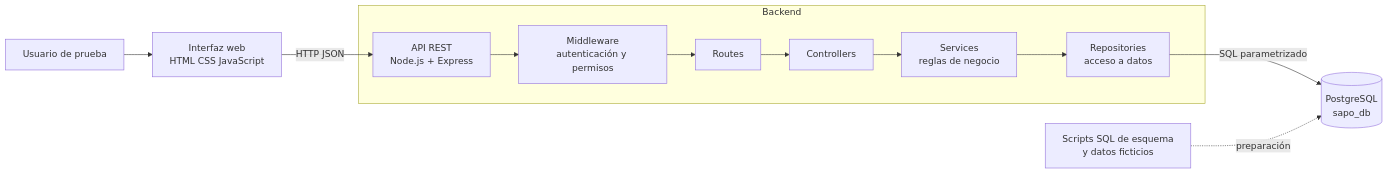
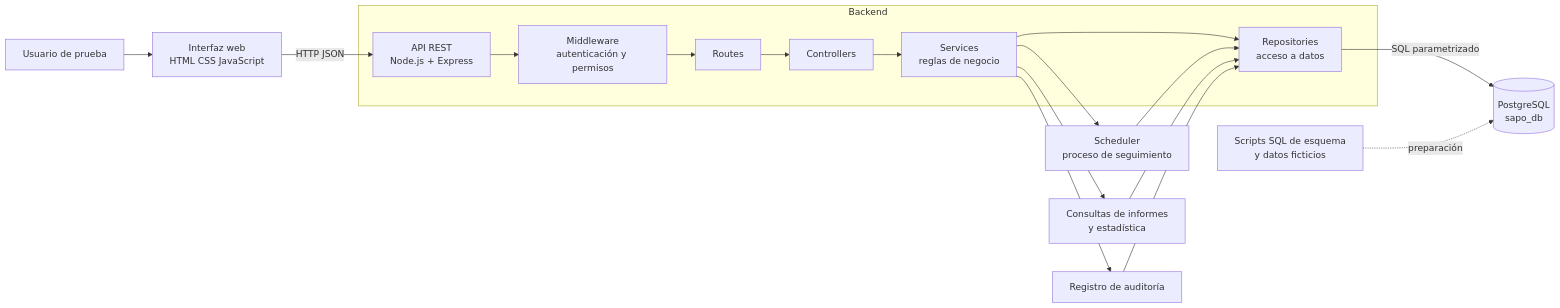
One commit to Zanguango/SAPO changed the diagram in docs/ARCHITECTURE.md. Above: the diagram before and after it, drawn with Mermaid. The commit also changed other lines of this file, not shown here.

Commit message:
docs: align architecture with complete approved prototype scope

````diff
--- a/docs/ARCHITECTURE.md
+++ b/docs/ARCHITECTURE.md
@@ -11,14 +11,20 @@
 ```mermaid
 flowchart LR
     U[Usuario de prueba] --> UI[Interfaz web<br/>HTML CSS JavaScript]
     UI -->|HTTP JSON| API[API REST<br/>Node.js + Express]
     subgraph API_LAYER[Backend]
         API --> AUTH[Middleware<br/>autenticación y permisos]
         AUTH --> R[Routes]
         R --> C[Controllers]
         C --> S[Services<br/>reglas de negocio]
         S --> D[Repositories<br/>acceso a datos]
     end
     D -->|SQL parametrizado| DB[(PostgreSQL<br/>sapo_db)]
+    S --> SCH[Scheduler<br/>proceso de seguimiento]
+    S --> REP[Consultas de informes<br/>y estadística]
+    S --> AUD[Registro de auditoría]
+    SCH --> D
+    REP --> D
+    AUD --> D
     SEED[Scripts SQL de esquema<br/>y datos ficticios] -. preparación .-> DB
 ```
````
